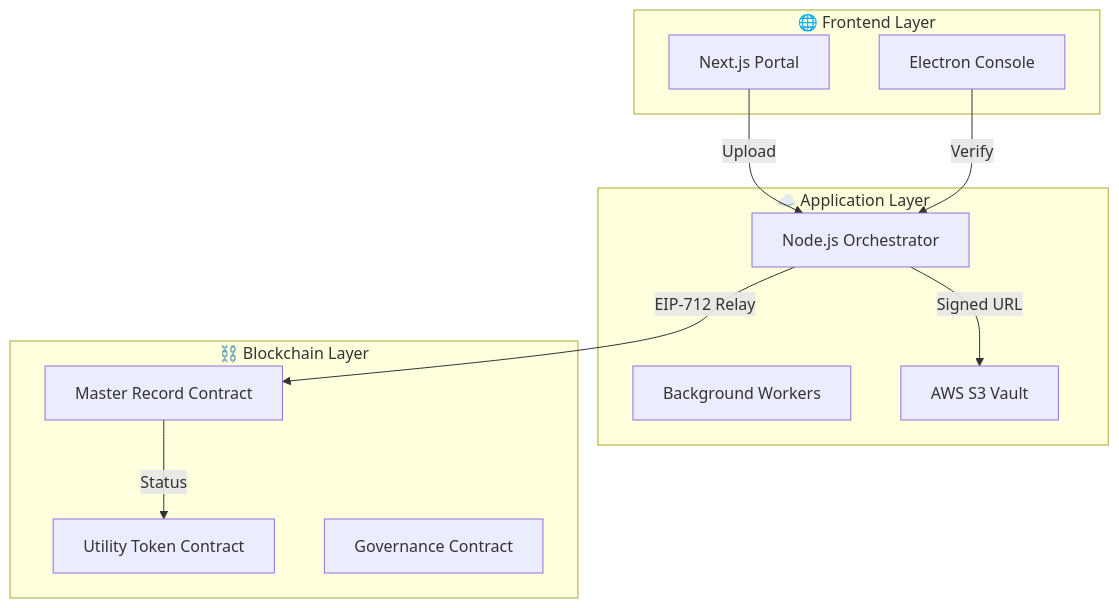
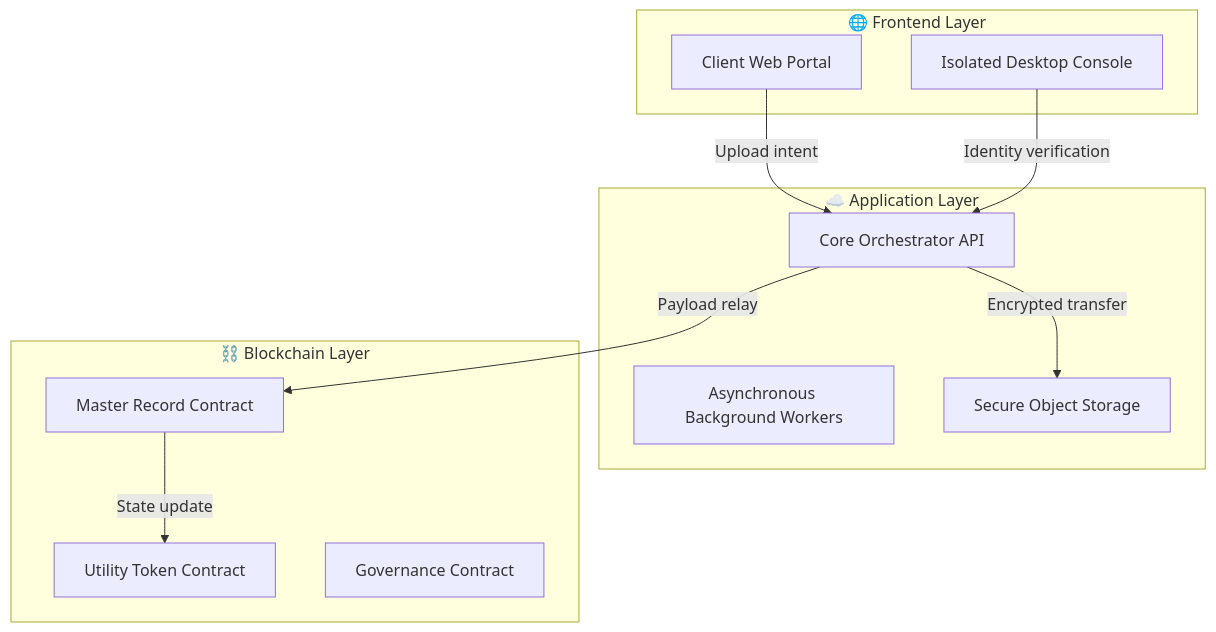
Before and after one commit to CoderShubhamMate/Block-Chain-Based-Secure-Notarization-System: the first of 4 diagrams in README.md, drawn with Mermaid. The commit also changed other lines of this file, not shown here.

````diff
--- a/README.md
+++ b/README.md
@@ -30,22 +35,22 @@
 ```mermaid
 graph TD
     subgraph "🌐 Frontend Layer"
-        Web[Next.js Portal]
-        Desktop[Electron Console]
+        Web[Client Web Portal]
+        Desktop[Isolated Desktop Console]
     end
     subgraph "☁️ Application Layer"
-        API[Node.js Orchestrator]
-        Workers[Background Workers]
-        S3[AWS S3 Vault]
+        API[Core Orchestrator API]
+        Workers[Asynchronous Background Workers]
+        S3[Secure Object Storage]
     end
     subgraph "⛓️ Blockchain Layer"
         Registry[Master Record Contract]
         NTKR[Utility Token Contract]
         MultiSig[Governance Contract]
     end
-    Web -->|Upload| API
-    Desktop -->|Verify| API
-    API -->|Signed URL| S3
-    API -->|EIP-712 Relay| Registry
-    Registry -->|Status| NTKR
+    Web -->|Upload intent| API
+    Desktop -->|Identity verification| API
+    API -->|Encrypted transfer| S3
+    API -->|Payload relay| Registry
+    Registry -->|State update| NTKR
 ```
````
